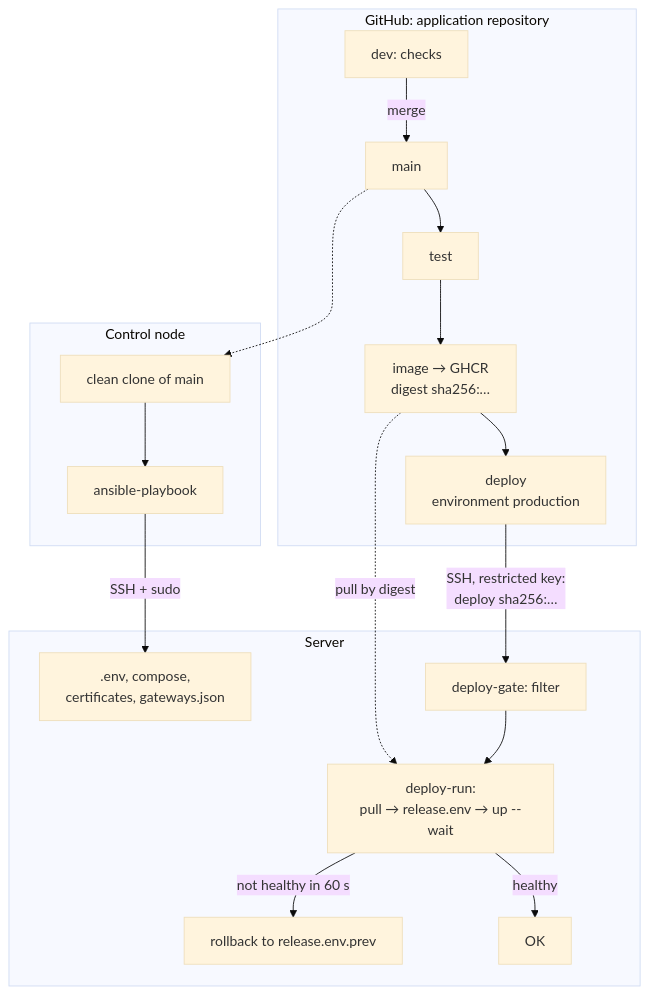
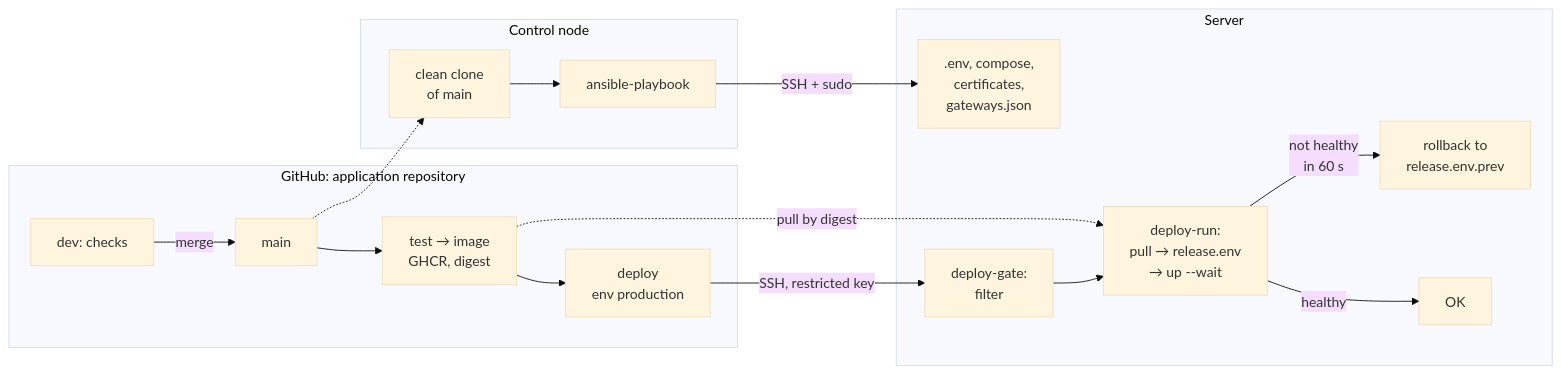
One commit to Cl0wnF1esta/maxapoc-infra changed the first of 2 diagrams in README.en.md. Above: the diagram before and after it, drawn with Mermaid (base theme). The commit also changed other lines of this file and 3 other files, not shown here.

````diff
--- a/README.en.md
+++ b/README.en.md
@@ -9,20 +9,19 @@
 ```mermaid
-flowchart TB
+flowchart LR
   subgraph GH["GitHub: application repository"]
-    dev["dev: checks"] -->|merge| main["main"]
-    main --> test["test"] --> image["image → GHCR<br/>digest sha256:…"] --> deploy["deploy<br/>environment production"]
+    dev["dev: checks"] -->|merge| main["main"] --> ci["test → image<br/>GHCR, digest"] --> deploy["deploy<br/>env production"]
   end
   subgraph CN["Control node"]
-    clone["clean clone of main"] --> play["ansible-playbook"]
+    clone["clean clone<br/>of main"] --> play["ansible-playbook"]
   end
   subgraph SRV["Server"]
-    gate["deploy-gate: filter"] --> run["deploy-run:<br/>pull → release.env → up --wait"]
+    gate["deploy-gate:<br/>filter"] --> run["deploy-run:<br/>pull → release.env<br/>→ up --wait"]
     run -->|healthy| ok["OK"]
-    run -->|"not healthy in 60 s"| rb["rollback to release.env.prev"]
-    cfg[".env, compose,<br/>certificates, gateways.json"]
+    run -->|"not healthy<br/>in 60 s"| rb["rollback to<br/>release.env.prev"]
+    cfg[".env, compose,<br/>certificates,<br/>gateways.json"]
   end
   main -.-> clone
-  deploy -->|"SSH, restricted key:<br/>deploy sha256:…"| gate
-  image -.->|"pull by digest"| run
+  deploy -->|"SSH, restricted key"| gate
+  ci -.->|"pull by digest"| run
   play -->|"SSH + sudo"| cfg
 ```
````
